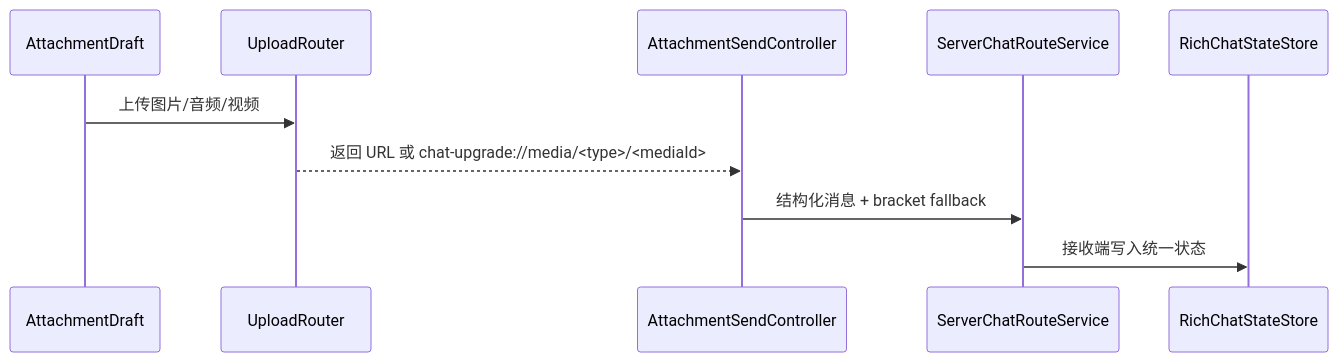
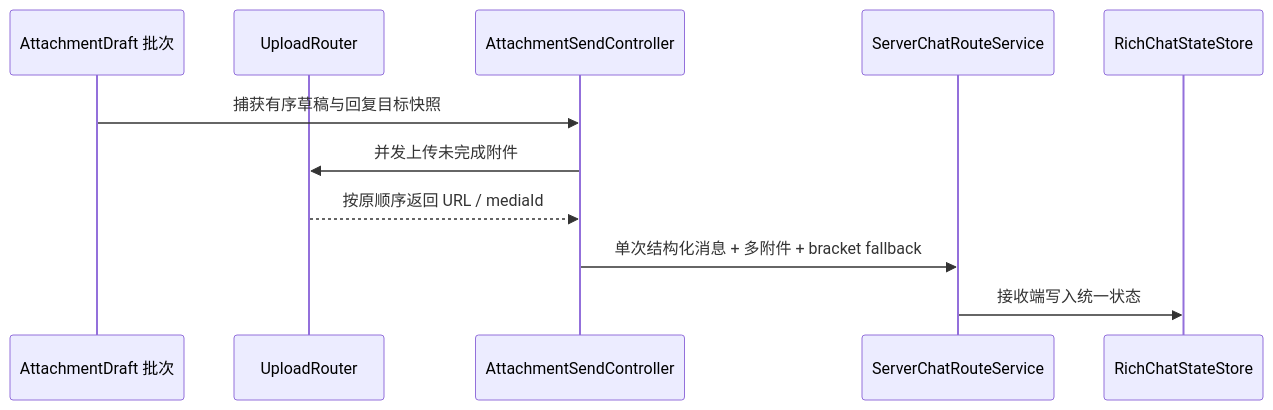
The third of 3 diagrams in docs/architecture.md (LoosePrince/chat-upgrade), drawn with Mermaid before and after one commit. The commit also changed other lines of this file and 41 other files, not shown here.

````diff
--- a/docs/architecture.md
+++ b/docs/architecture.md
@@ -164,13 +164,14 @@
 ```mermaid
 sequenceDiagram
-    participant Draft as AttachmentDraft
+    participant Draft as AttachmentDraft 批次
     participant Upload as UploadRouter
     participant Send as AttachmentSendController
     participant Server as ServerChatRouteService
     participant Store as RichChatStateStore
 
-    Draft->>Upload: 上传图片/音频/视频
-    Upload-->>Send: 返回 URL 或 chat-upgrade://media/<type>/<mediaId>
-    Send->>Server: 结构化消息 + bracket fallback
+    Draft->>Send: 捕获有序草稿与回复目标快照
+    Send->>Upload: 并发上传未完成附件
+    Upload-->>Send: 按原顺序返回 URL / mediaId
+    Send->>Server: 单次结构化消息 + 多附件 + bracket fallback
     Server->>Store: 接收端写入统一状态
 ```
````
